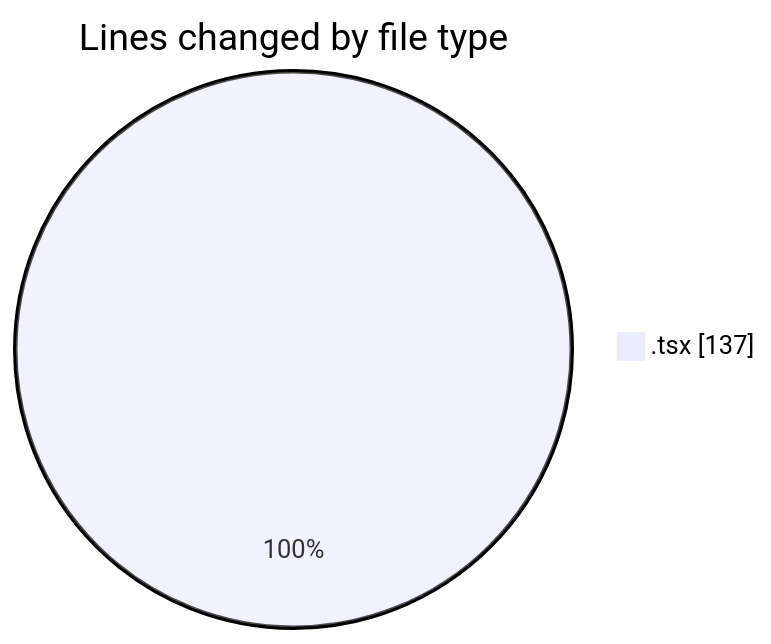
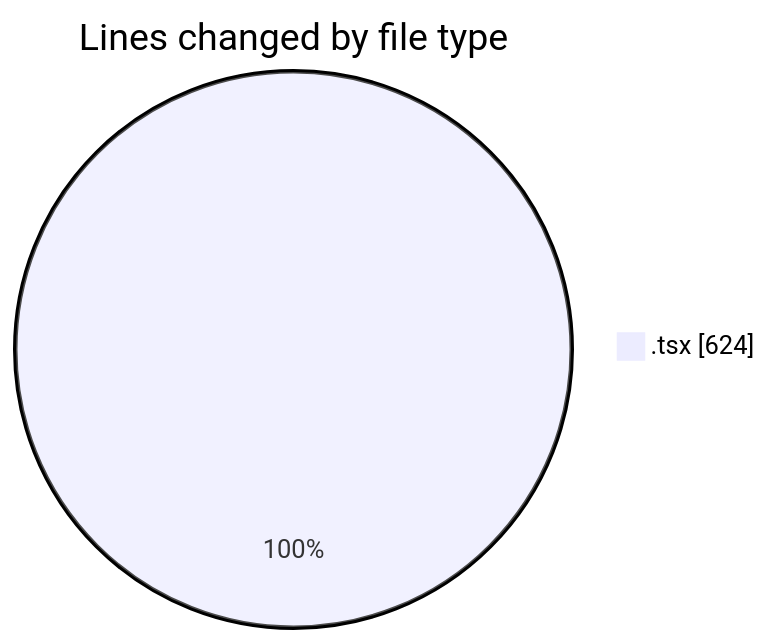
The first of 2 diagrams in 2025-10-15/scopecraft/README.md (Ritupan-Deka/code-tracking), drawn with Mermaid before and after one commit. The commit also changed other lines of this file and 1 other file, not shown here.

````diff
--- a/2025-10-15/scopecraft/README.md
+++ b/2025-10-15/scopecraft/README.md
@@ -20,5 +21,5 @@
 ```mermaid
 pie showData
 title Lines changed by file type
-".tsx" : 137
+".tsx" : 624
 ```
````
